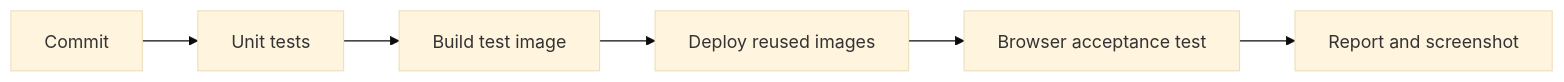
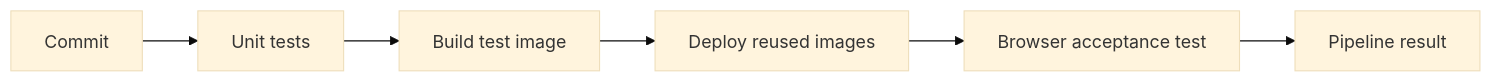
Before and after one commit to tanthanh85/devops: the first of 2 diagrams in lab/Lab 05 - Build Test and Deploy with GitLab CI-CD/Lab5.md, drawn with Mermaid (base theme). The commit also changed other lines of this file and 9 other files, not shown here.

````diff
--- a/lab/Lab 05 - Build Test and Deploy with GitLab CI-CD/Lab5.md
+++ b/lab/Lab 05 - Build Test and Deploy with GitLab CI-CD/Lab5.md
@@ -26,8 +25,8 @@
 ```mermaid
 flowchart LR
     C[Commit] --> U[Unit tests]
     U --> I[Build test image]
     I --> D[Deploy reused images]
     D --> A[Browser acceptance test]
-    A --> E[Report and screenshot]
+    A --> E[Pipeline result]
 ```
````
